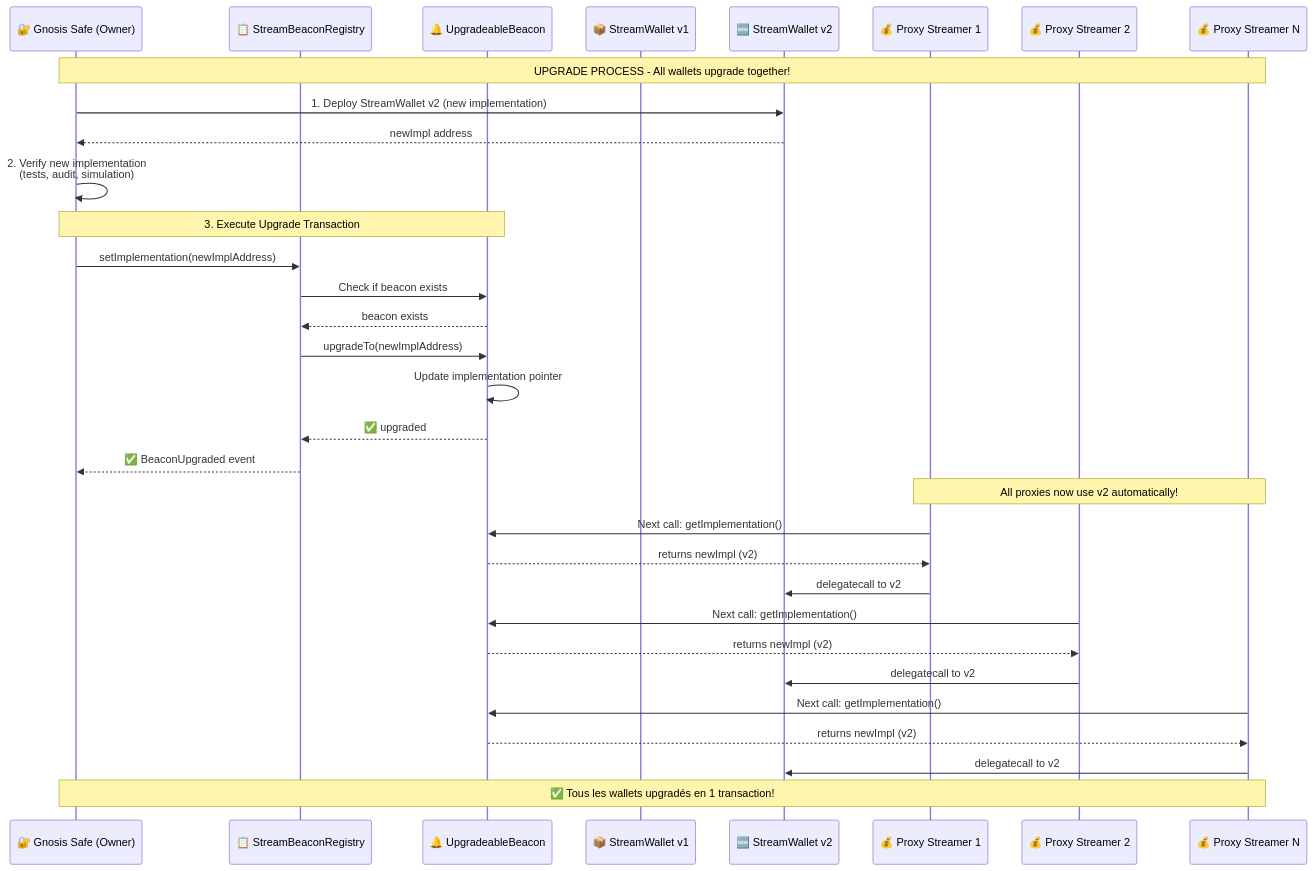
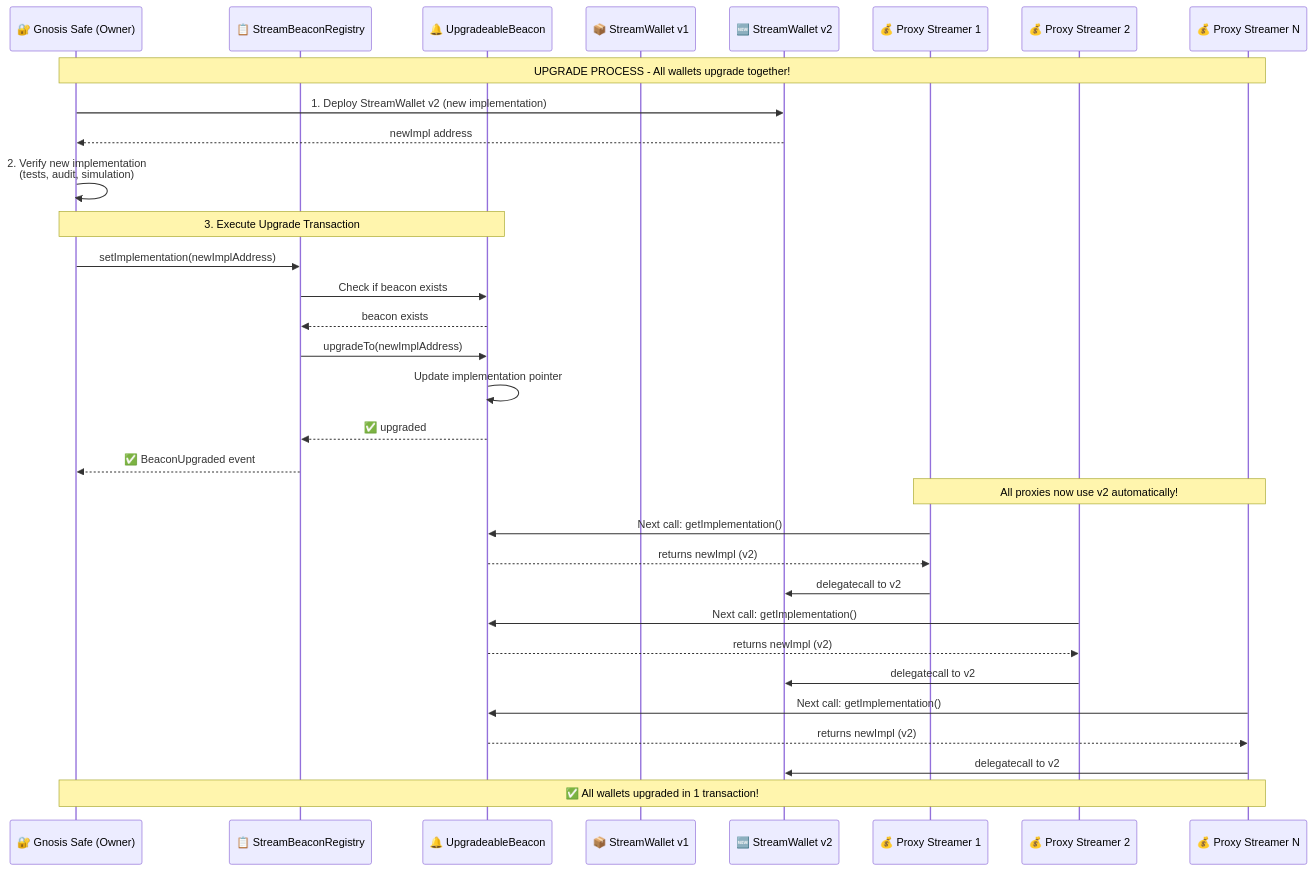
The fifth of 6 diagrams in chiliz-tv/docs/src/README.md (ChilizTV/smart-contracts), drawn with Mermaid before and after one commit. The commit also changed other lines of this file, not shown here.

````diff
--- a/chiliz-tv/docs/src/README.md
+++ b/chiliz-tv/docs/src/README.md
@@ -408,44 +408,44 @@
 ```mermaid
 sequenceDiagram
     participant Safe as 🔐 Gnosis Safe (Owner)
     participant Registry as 📋 StreamBeaconRegistry
     participant Beacon as 🔔 UpgradeableBeacon
     participant OldImpl as 📦 StreamWallet v1
     participant NewImpl as 🆕 StreamWallet v2
     participant Proxy1 as 💰 Proxy Streamer 1
     participant Proxy2 as 💰 Proxy Streamer 2
     participant ProxyN as 💰 Proxy Streamer N
 
     Note over Safe,ProxyN: UPGRADE PROCESS - All wallets upgrade together!
     
     Safe->>NewImpl: 1. Deploy StreamWallet v2 (new implementation)
     NewImpl-->>Safe: newImpl address
     
     Safe->>Safe: 2. Verify new implementation<br/>(tests, audit, simulation)
     
     Note over Safe,Beacon: 3. Execute Upgrade Transaction
     
     Safe->>Registry: setImplementation(newImplAddress)
     Registry->>Beacon: Check if beacon exists
     Beacon-->>Registry: beacon exists
     Registry->>Beacon: upgradeTo(newImplAddress)
     Beacon->>Beacon: Update implementation pointer
     Beacon-->>Registry: ✅ upgraded
     Registry-->>Safe: ✅ BeaconUpgraded event
     
     Note over Proxy1,ProxyN: All proxies now use v2 automatically!
     
     Proxy1->>Beacon: Next call: getImplementation()
     Beacon-->>Proxy1: returns newImpl (v2)
     Proxy1->>NewImpl: delegatecall to v2
     
     Proxy2->>Beacon: Next call: getImplementation()
     Beacon-->>Proxy2: returns newImpl (v2)
     Proxy2->>NewImpl: delegatecall to v2
     
     ProxyN->>Beacon: Next call: getImplementation()
     Beacon-->>ProxyN: returns newImpl (v2)
     ProxyN->>NewImpl: delegatecall to v2
     
-    Note over Safe,ProxyN: ✅ Tous les wallets upgradés en 1 transaction!
+    Note over Safe,ProxyN: ✅ All wallets upgraded in 1 transaction!
 ```
````
